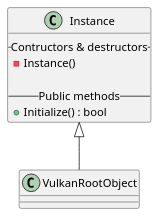
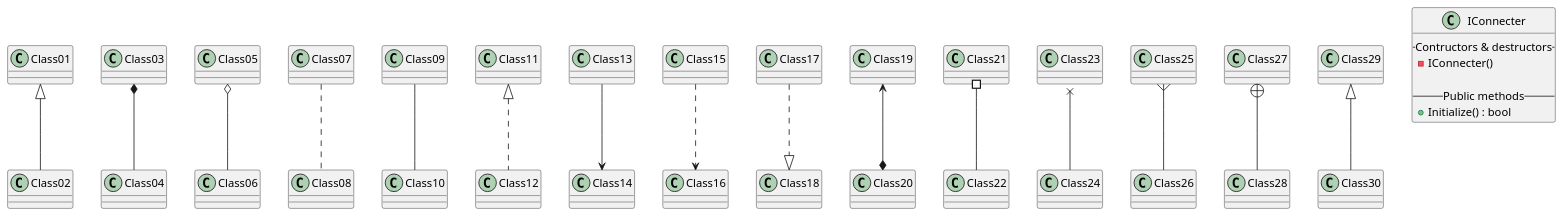
One commit to FKLostLand/TestMarkdown changed the diagram in MyTestUMLInstance.puml. Above: the diagram before and after it, drawn with PlantUML.

```diff
--- a/MyTestUMLInstance.puml
+++ b/MyTestUMLInstance.puml
@@ -1,13 +1,27 @@
 @startuml
 
-Instance <|-- VulkanRootObject
+Class01 <|-- Class02
+Class03 *-- Class04
+Class05 o-- Class06
+Class07 .. Class08
+Class09 -- Class10
+Class11 <|.. Class12
+Class13 --> Class14
+Class15 ..> Class16
+Class17 ..|> Class18
+Class19 <--* Class20
+Class21 #-- Class22
+Class23 x-- Class24
+Class25 }-- Class26
+Class27 +-- Class28
+Class29 ^-- Class30
 
-class Instance {
+class IConnecter {
     -- Contructors & destructors --
-    - Instance()
+    - IConnecter()
     
     -- Public methods --
     + Initialize() : bool
 }
 
 @enduml
```
